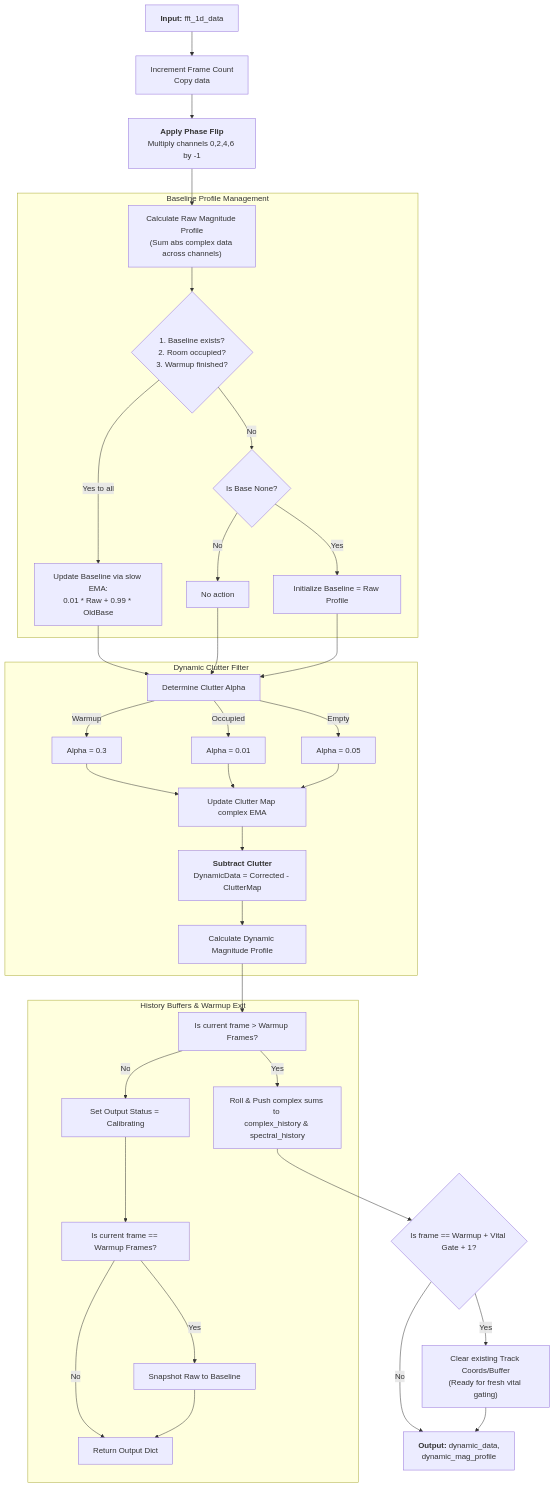
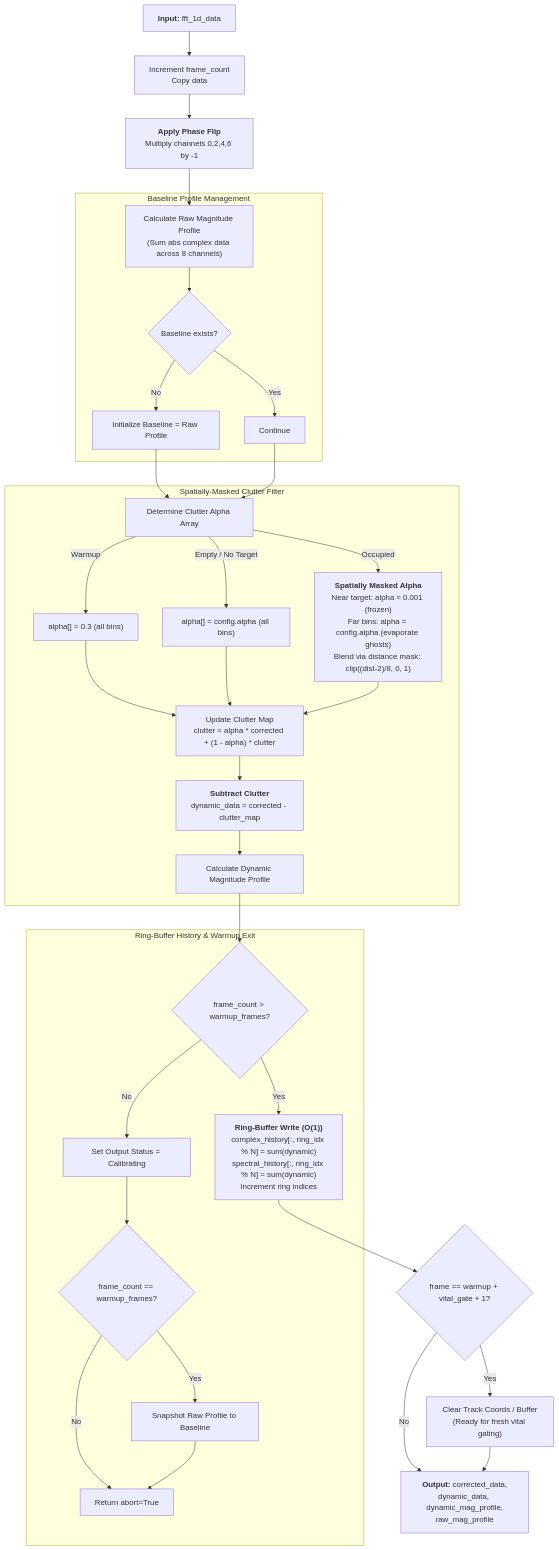
The diagram in docs/diagrams/activity_step1.mmd (walidbrahim/activity_monitoting), drawn with Mermaid before and after one commit. The commit also changed 24 other files, not shown here.

```diff
--- a/docs/diagrams/activity_step1.mmd
+++ b/docs/diagrams/activity_step1.mmd
@@ -1,45 +1,42 @@
 graph TD
-    Input[<b>Input:</b> fft_1d_data] --> Init[Increment Frame Count<br/>Copy data]
-    Init --> PhaseFlip[<b>Apply Phase Flip</b><br/>Multiply channels 0,2,4,6 by -1]
-    PhaseFlip --> CalcRawMag["Calculate Raw Magnitude Profile<br/>(Sum abs complex data across channels)"]
+    Input["<b>Input:</b> fft_1d_data"] --> Init["Increment frame_count<br/>Copy data"]
+    Init --> PhaseFlip["<b>Apply Phase Flip</b><br/>Multiply channels 0,2,4,6 by -1"]
+    PhaseFlip --> CalcRawMag["Calculate Raw Magnitude Profile<br/>(Sum abs complex data across 8 channels)"]
     
     subgraph "Baseline Profile Management"
-        CalcRawMag --> DecBase{"1. Baseline exists?<br/>2. Room occupied?<br/>3. Warmup finished?"}
-        DecBase -- Yes to all --> SlowEMABase["Update Baseline via slow EMA:<br/>0.01 * Raw + 0.99 * OldBase"]
-        DecBase -- No --> SetBase{"Is Base None?"}
-        SetBase -- Yes --> SnapBase[Initialize Baseline = Raw Profile]
-        SetBase -- No --> NoOp1[No action]
+        CalcRawMag --> DecBase{"Baseline exists?"}
+        DecBase -- No --> SnapBase["Initialize Baseline = Raw Profile"]
+        DecBase -- Yes --> NoOp1["Continue"]
     end
     
-    subgraph "Dynamic Clutter Filter"
-        SlowEMABase --> DetAlpha[Determine Clutter Alpha]
+    subgraph "Spatially-Masked Clutter Filter"
+        SnapBase --> DetAlpha["Determine Clutter Alpha Array"]
         NoOp1 --> DetAlpha
-        SnapBase --> DetAlpha
         
-        DetAlpha -- Warmup --> A1[Alpha = 0.3]
-        DetAlpha -- Occupied --> A2[Alpha = 0.01]
-        DetAlpha -- Empty --> A3[Alpha = 0.05]
+        DetAlpha -- Warmup --> A1["alpha[] = 0.3 (all bins)"]
+        DetAlpha -- "Empty / No Target" --> A2["alpha[] = config.alpha (all bins)"]
+        DetAlpha -- Occupied --> A3["<b>Spatially Masked Alpha</b><br/>Near target: alpha ≈ 0.001 (frozen)<br/>Far bins: alpha = config.alpha (evaporate ghosts)<br/>Blend via distance mask: clip((dist-2)/8, 0, 1)"]
         
-        A1 --> UpdateClutter[Update Clutter Map complex EMA]
+        A1 --> UpdateClutter["Update Clutter Map<br/>clutter = alpha * corrected + (1 - alpha) * clutter"]
         A2 --> UpdateClutter
         A3 --> UpdateClutter
         
-        UpdateClutter --> Subtract["<b>Subtract Clutter</b><br/>DynamicData = Corrected - ClutterMap"]
-        Subtract --> DynMag[Calculate Dynamic Magnitude Profile]
+        UpdateClutter --> Subtract["<b>Subtract Clutter</b><br/>dynamic_data = corrected - clutter_map"]
+        Subtract --> DynMag["Calculate Dynamic Magnitude Profile"]
     end
     
-    subgraph "History Buffers & Warmup Exit"
-        DynMag --> CheckWarm["Is current frame > Warmup Frames?"]
+    subgraph "Ring-Buffer History & Warmup Exit"
+        DynMag --> CheckWarm{"frame_count > warmup_frames?"}
         
-        CheckWarm -- Yes --> Hist["Roll & Push complex sums to <br/>complex_history & spectral_history"]
-        CheckWarm -- No --> CalStatus[Set Output Status = Calibrating]
-        CalStatus --> CheckEnd["Is current frame == Warmup Frames?"]
-        CheckEnd -- Yes --> FinalBase[Snapshot Raw to Baseline]
-        CheckEnd -- No --> ExitCal[Return Output Dict]
+        CheckWarm -- Yes --> Hist["<b>Ring-Buffer Write (O(1))</b><br/>complex_history[:, ring_idx % N] = sum(dynamic)<br/>spectral_history[:, ring_idx % N] = sum(dynamic)<br/>Increment ring indices"]
+        CheckWarm -- No --> CalStatus["Set Output Status = Calibrating"]
+        CalStatus --> CheckEnd{"frame_count == warmup_frames?"}
+        CheckEnd -- Yes --> FinalBase["Snapshot Raw Profile to Baseline"]
+        CheckEnd -- No --> ExitCal["Return abort=True"]
         FinalBase --> ExitCal
     end
     
-    Hist --> FinalWarmExit{"Is frame == Warmup + Vital Gate + 1?"}
-    FinalWarmExit -- Yes --> ClearTrack["Clear existing Track Coords/Buffer<br/>(Ready for fresh vital gating)"]
-    FinalWarmExit -- No --> Output1["<b>Output:</b> dynamic_data,<br/>dynamic_mag_profile"]
+    Hist --> FinalWarmExit{"frame == warmup + vital_gate + 1?"}
+    FinalWarmExit -- Yes --> ClearTrack["Clear Track Coords / Buffer<br/>(Ready for fresh vital gating)"]
+    FinalWarmExit -- No --> Output1["<b>Output:</b> corrected_data,<br/>dynamic_data, dynamic_mag_profile,<br/>raw_mag_profile"]
     ClearTrack --> Output1
```
